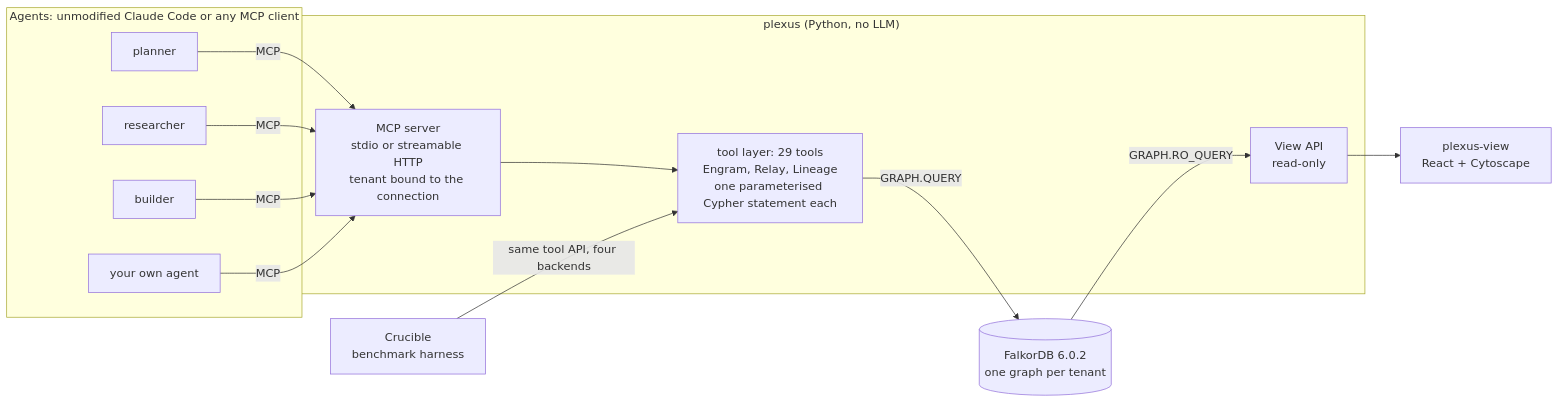
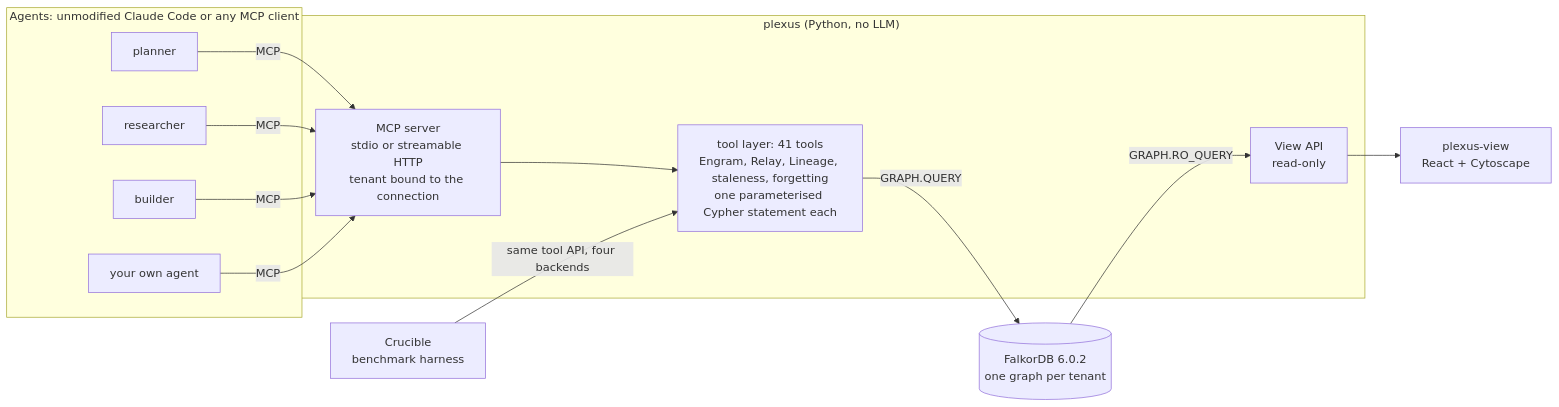
The first of 2 diagrams in README.md (Suprim006/knewat), drawn with Mermaid before and after one commit. The commit also changed other lines of this file and 13 other files, not shown here.

Commit message:
feat(lineage): Source.trust is the string normal|high (numbers mean no opinion); add_source accepts it; docs: 41 tools, .env.example forgetting variables, verify_readme

````diff
--- a/README.md
+++ b/README.md
@@ -35,23 +35,23 @@
 ```mermaid
 flowchart LR
     subgraph agents["Agents: unmodified Claude Code or any MCP client"]
         A1["planner"]
         A2["researcher"]
         A3["builder"]
         A4["your own agent"]
     end
     subgraph plexus["plexus (Python, no LLM)"]
         MCP["MCP server<br/>stdio or streamable HTTP<br/>tenant bound to the connection"]
-        TOOLS["tool layer: 29 tools<br/>Engram, Relay, Lineage<br/>one parameterised Cypher statement each"]
+        TOOLS["tool layer: 41 tools<br/>Engram, Relay, Lineage, staleness, forgetting<br/>one parameterised Cypher statement each"]
         API["View API<br/>read-only"]
     end
     DB[("FalkorDB 6.0.2<br/>one graph per tenant")]
     VIEW["plexus-view<br/>React + Cytoscape"]
     CRU["Crucible<br/>benchmark harness"]
     A1 & A2 & A3 & A4 -->|"MCP"| MCP
     MCP --> TOOLS
     TOOLS -->|"GRAPH.QUERY"| DB
     DB -->|"GRAPH.RO_QUERY"| API
     API --> VIEW
     CRU -->|"same tool API, four backends"| TOOLS
 ```
````
